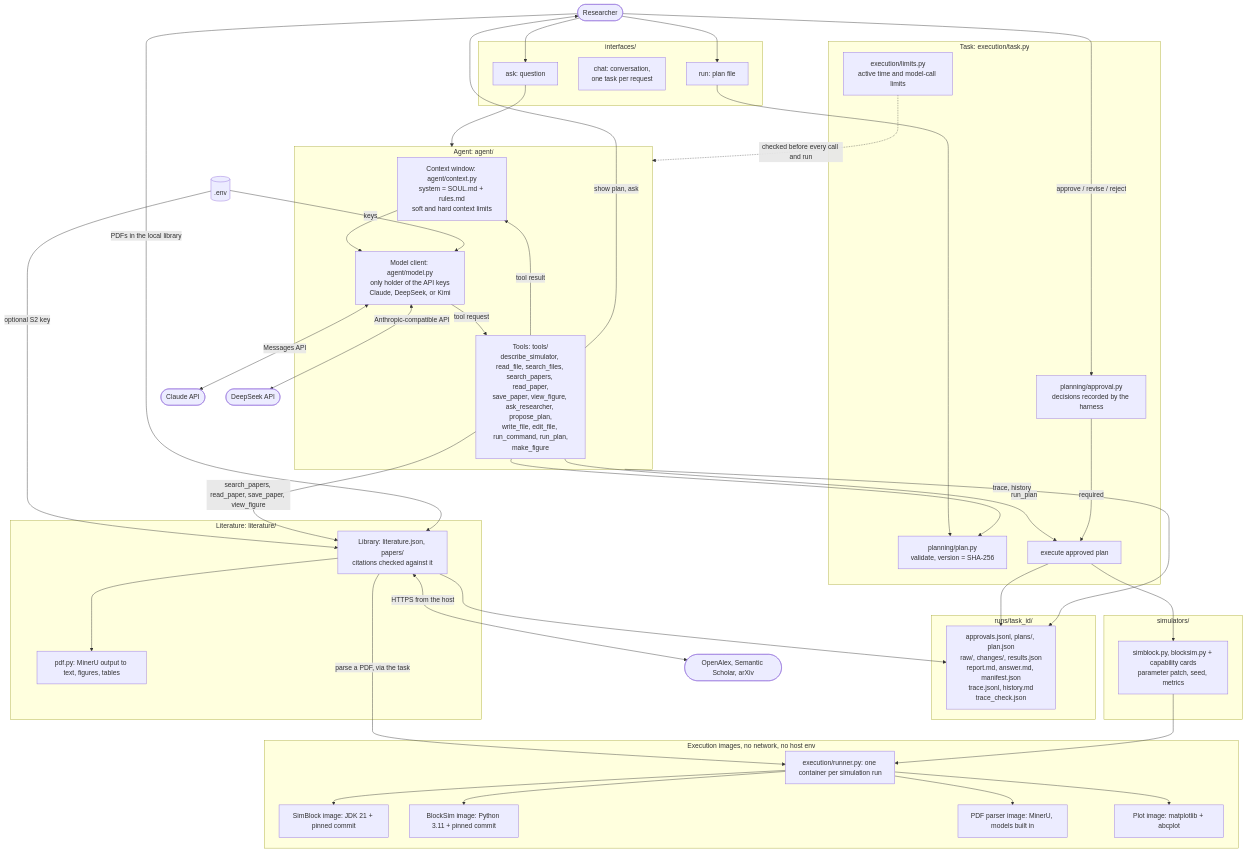
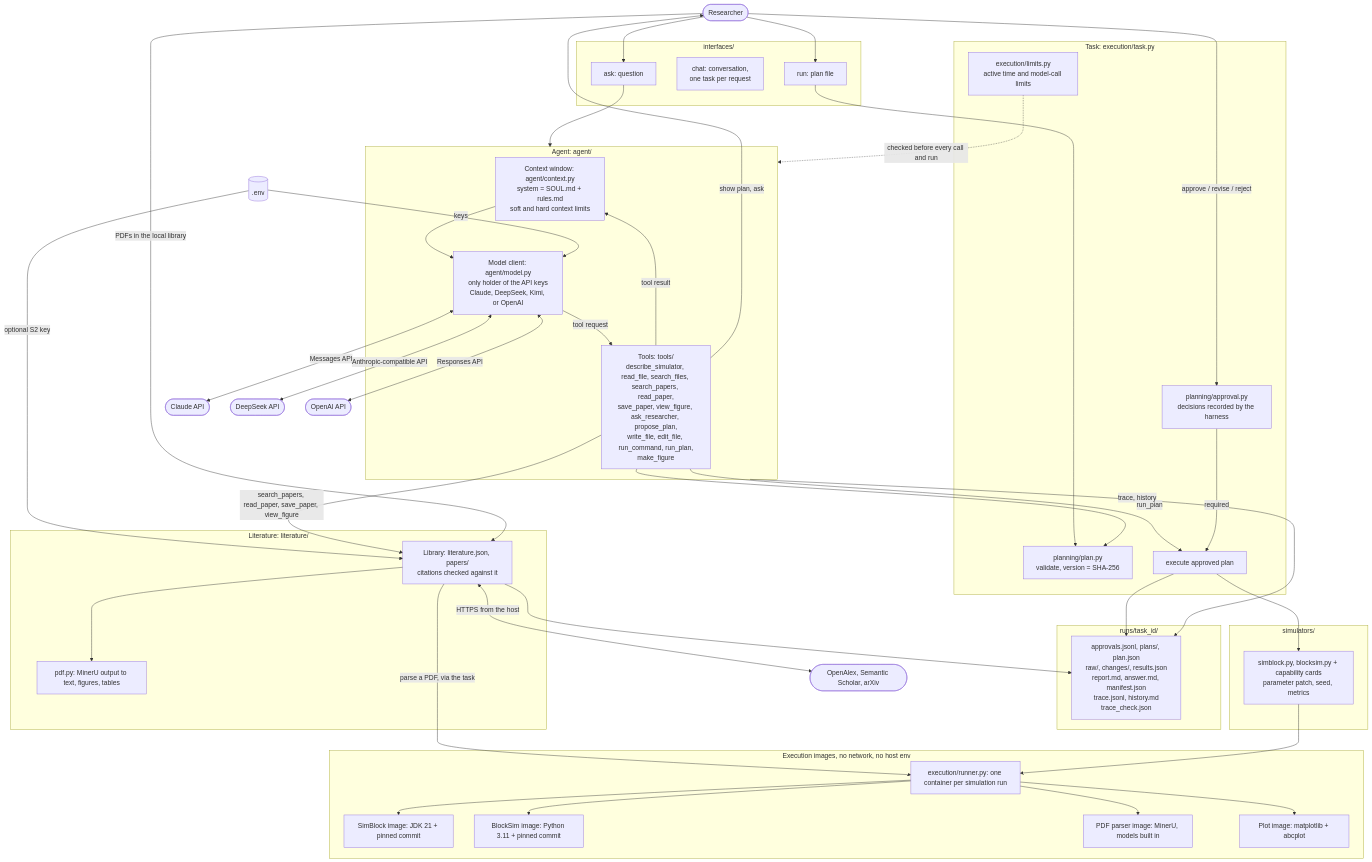
The diagram in docs/architecture.md (teiyou416/abc-harness), drawn with Mermaid before and after one commit. The commit also changed other lines of this file and 12 other files, not shown here.

First line of the commit message:
Add OpenAI models through the Responses API

````diff
--- a/docs/architecture.md
+++ b/docs/architecture.md
@@ -8,71 +8,72 @@
 ```mermaid
 flowchart TB
     R(["Researcher"])
 
     subgraph CLI["interfaces/"]
         ASK["ask: question"]
         CHAT["chat: conversation,<br/>one task per request"]
         RUN["run: plan file"]
     end
 
     subgraph LOOP["Agent: agent/"]
         CTX["Context window: agent/context.py<br/>system = SOUL.md + rules.md<br/>soft and hard context limits"]
-        LLM["Model client: agent/model.py<br/>only holder of the API keys<br/>Claude, DeepSeek, or Kimi"]
+        LLM["Model client: agent/model.py<br/>only holder of the API keys<br/>Claude, DeepSeek, Kimi, or OpenAI"]
         TOOLS["Tools: tools/<br/>describe_simulator, read_file, search_files, search_papers, read_paper,<br/>save_paper, view_figure, ask_researcher, propose_plan,<br/>write_file, edit_file, run_command, run_plan,<br/>make_figure"]
         CTX --> LLM -->|tool request| TOOLS -->|tool result| CTX
     end
 
     subgraph TASK["Task: execution/task.py"]
         PLAN["planning/plan.py<br/>validate, version = SHA-256"]
         APPROVAL["planning/approval.py<br/>decisions recorded by the harness"]
         LIMITS["execution/limits.py<br/>active time and model-call limits"]
         EXEC["execute approved plan"]
     end
 
     subgraph SIM["simulators/"]
         ADAPTER["simblock.py, blocksim.py + capability cards<br/>parameter patch, seed, metrics"]
     end
 
     subgraph DOCKER["Execution images, no network, no host env"]
         RUNNER["execution/runner.py: one container per simulation run"]
         SIMBLOCK["SimBlock image: JDK 21 + pinned commit"]
         BLOCKSIM["BlockSim image: Python 3.11 + pinned commit"]
         PDFIMG["PDF parser image: MinerU, models built in"]
         PLOTIMG["Plot image: matplotlib + abcplot"]
         RUNNER --> SIMBLOCK
         RUNNER --> BLOCKSIM
         RUNNER --> PDFIMG
         RUNNER --> PLOTIMG
     end
 
     subgraph ART["runs/task_id/"]
         FILES["approvals.jsonl, plans/, plan.json<br/>raw/, changes/, results.json<br/>report.md, answer.md, manifest.json<br/>trace.jsonl, history.md<br/>trace_check.json"]
     end
 
     subgraph LIT["Literature: literature/"]
         LIB["Library: literature.json, papers/<br/>citations checked against it"]
         PDF["pdf.py: MinerU output to text, figures, tables"]
         LIB --> PDF
     end
 
     ENV[(".env")] -->|keys| LLM
     ENV -->|optional S2 key| LIB
     TOOLS -->|search_papers, read_paper, save_paper, view_figure| LIB
     LIB <-->|HTTPS from the host| ACADEMIC(["OpenAlex, Semantic Scholar, arXiv"])
     R -->|PDFs in the local library| LIB
     LIB -->|parse a PDF, via the task| RUNNER
     LIB --> FILES
     LLM <-->|Messages API| CLAUDE(["Claude API"])
     LLM <-->|Anthropic-compatible API| DEEPSEEK(["DeepSeek API"])
+    LLM <-->|Responses API| OPENAIAPI(["OpenAI API"])
     R --> ASK --> LOOP
     R --> RUN --> PLAN
     TOOLS --> PLAN
     TOOLS -->|show plan, ask| R
     R -->|approve / revise / reject| APPROVAL
     TOOLS -->|run_plan| EXEC
     APPROVAL -->|required| EXEC
     LIMITS -.->|checked before every call and run| LOOP
     EXEC --> ADAPTER --> RUNNER
     EXEC --> FILES
     LOOP -->|trace, history| FILES
 ```
````
